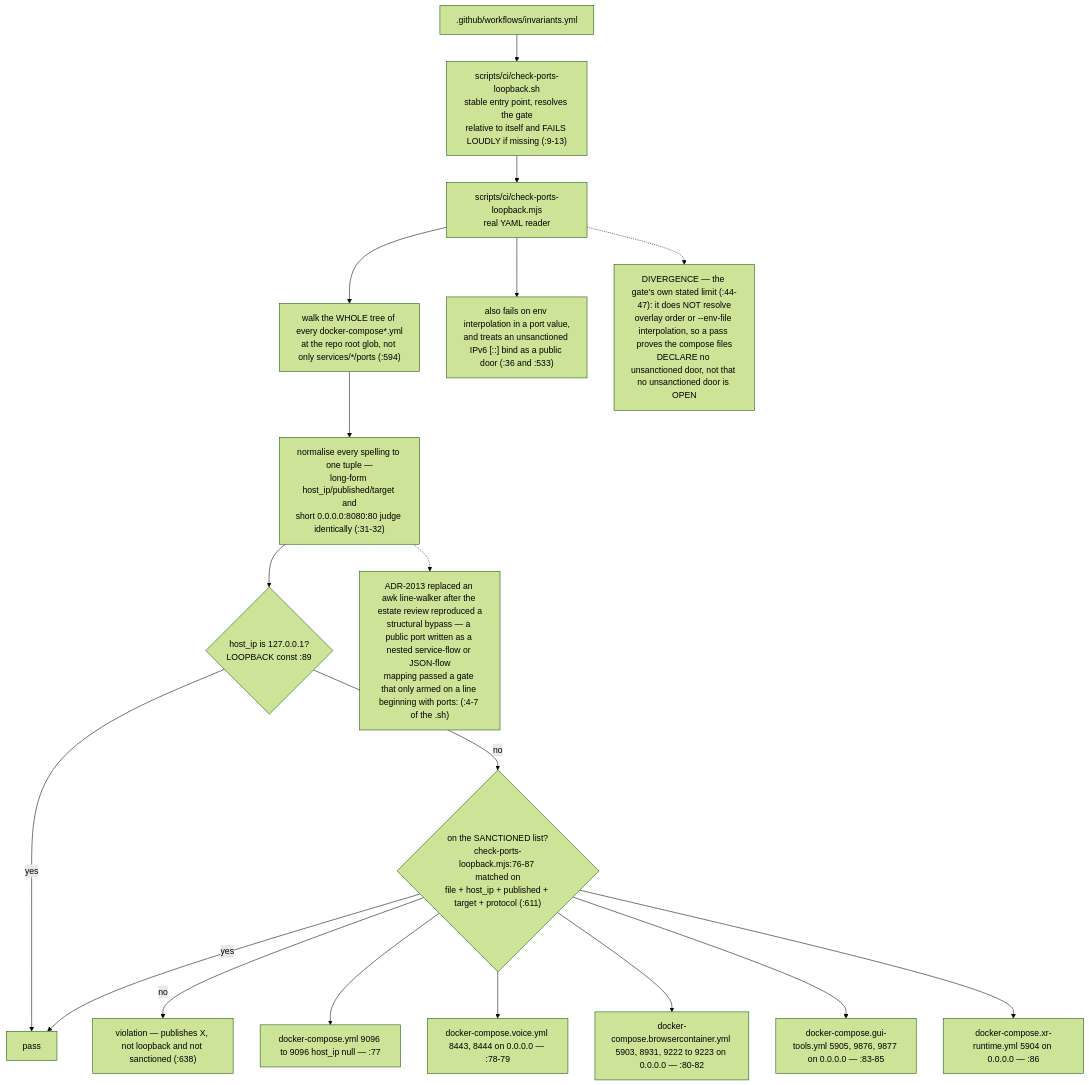
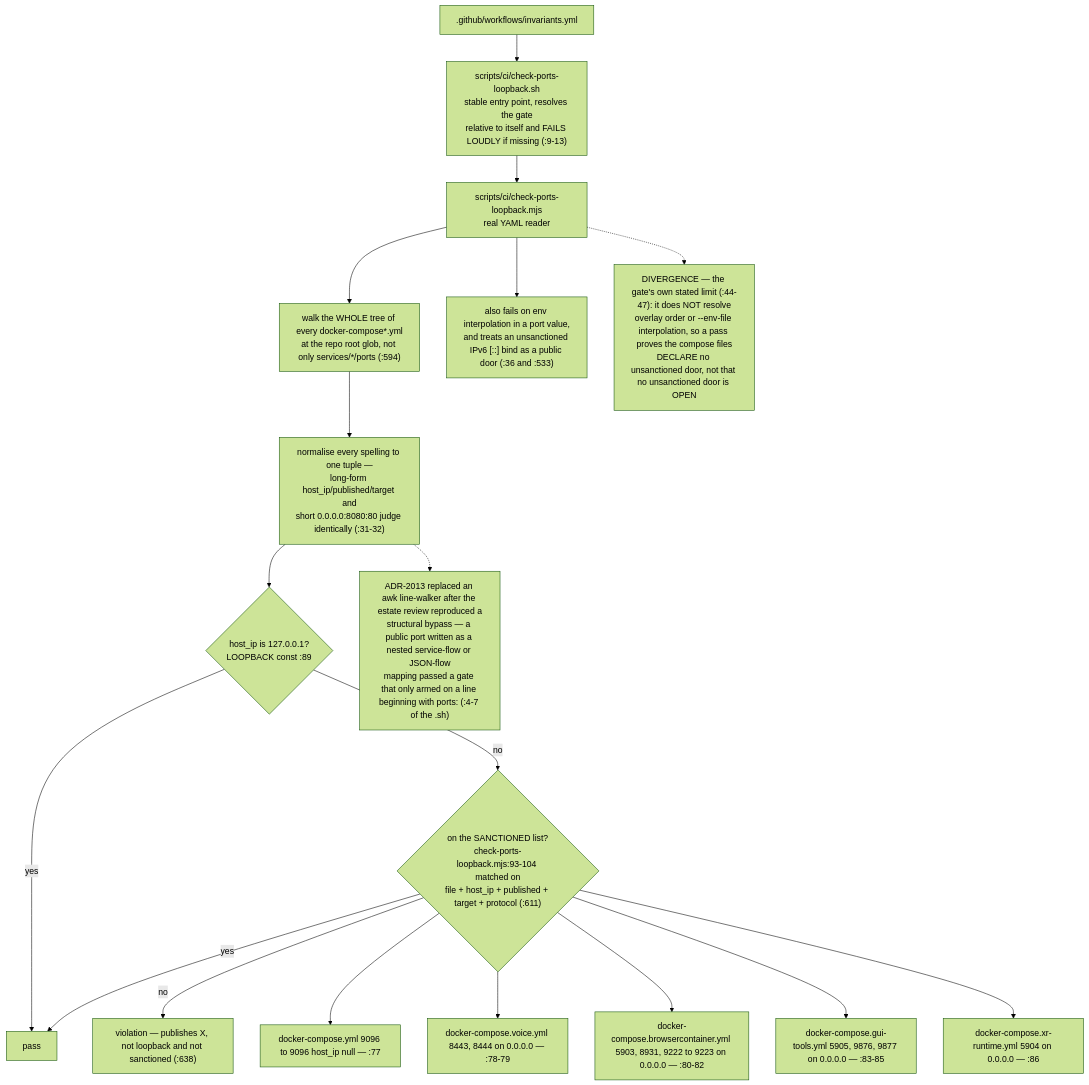
Before and after one commit to DreamLab-AI/AR-AI-Knowledge-Graph: the second of 8 diagrams in docs/diagrams/agentbox/06-sidecars-and-compose-overlays.md, drawn with Mermaid (forest theme). The commit also changed other lines of this file and 73 other files, not shown here.

First line of the commit message:
docs(diagrams): re-verify all 71 topic files against HEAD; add --cite-check

````diff
--- a/docs/diagrams/agentbox/06-sidecars-and-compose-overlays.md
+++ b/docs/diagrams/agentbox/06-sidecars-and-compose-overlays.md
@@ -81,20 +81,20 @@
 ```mermaid
 flowchart TD
     CI[".github/workflows/invariants.yml"] --> W["scripts/ci/check-ports-loopback.sh<br/>stable entry point, resolves the gate<br/>relative to itself and FAILS LOUDLY if missing (:9-13)"]
     W --> G["scripts/ci/check-ports-loopback.mjs<br/>real YAML reader"]
     G --> WALK["walk the WHOLE tree of every docker-compose*.yml<br/>at the repo root glob, not only services/*/ports (:594)"]
     WALK --> NORM["normalise every spelling to one tuple —<br/>long-form host_ip/published/target and<br/>short 0.0.0.0:8080:80 judge identically (:31-32)"]
     NORM --> J{"host_ip is 127.0.0.1?<br/>LOOPBACK const :89"}
     J -->|yes| PASS["pass"]
-    J -->|no| S{"on the SANCTIONED list?<br/>check-ports-loopback.mjs:76-87 matched on<br/>file + host_ip + published + target + protocol (:611)"}
+    J -->|no| S{"on the SANCTIONED list?<br/>check-ports-loopback.mjs:93-104 matched on<br/>file + host_ip + published + target + protocol (:611)"}
     S -->|yes| PASS
     S -->|no| FAIL["violation — publishes X, not loopback and not sanctioned (:638)"]
     S --> L1["docker-compose.yml 9096 to 9096 host_ip null — :77"]
     S --> L2["docker-compose.voice.yml 8443, 8444 on 0.0.0.0 — :78-79"]
     S --> L3["docker-compose.browsercontainer.yml 5903, 8931, 9222 to 9223 on 0.0.0.0 — :80-82"]
     S --> L4["docker-compose.gui-tools.yml 5905, 9876, 9877 on 0.0.0.0 — :83-85"]
     S --> L5["docker-compose.xr-runtime.yml 5904 on 0.0.0.0 — :86"]
     G --> ALSO["also fails on env interpolation in a port value,<br/>and treats an unsanctioned IPv6 [::] bind as a public door (:36 and :533)"]
     G -.-> LIM["DIVERGENCE — the gate's own stated limit (:44-47): it does NOT resolve<br/>overlay order or --env-file interpolation, so a pass proves the compose files<br/>DECLARE no unsanctioned door, not that no unsanctioned door is OPEN"]
     NORM -.-> HIST["ADR-2013 replaced an awk line-walker after the estate review reproduced a<br/>structural bypass — a public port written as a nested service-flow or JSON-flow<br/>mapping passed a gate that only armed on a line beginning with ports: (:4-7 of the .sh)"]
 ```
````
